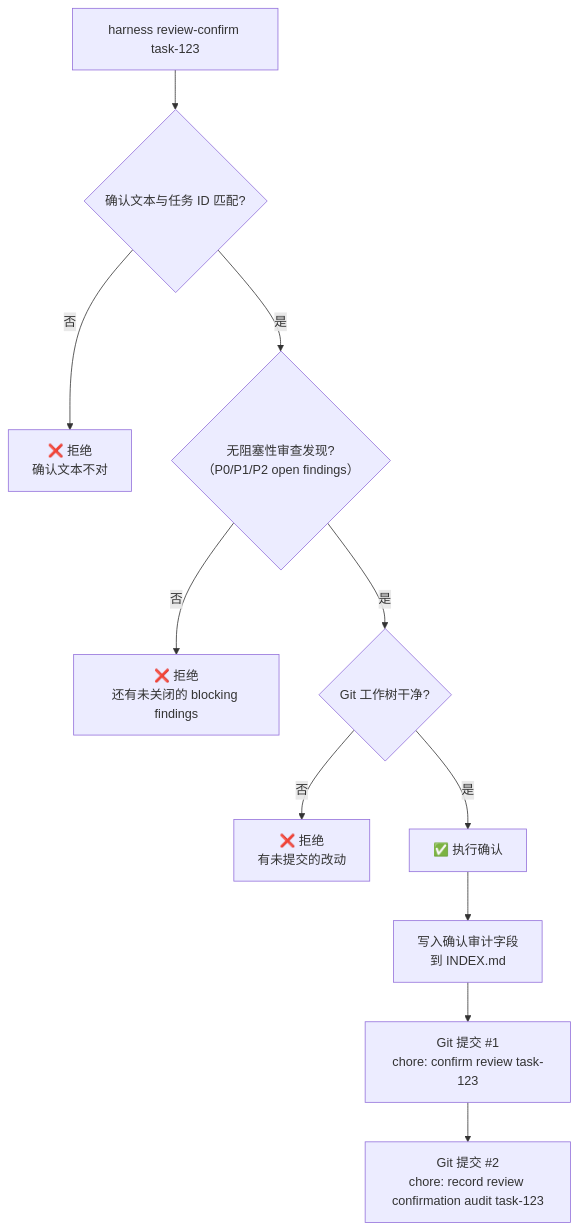
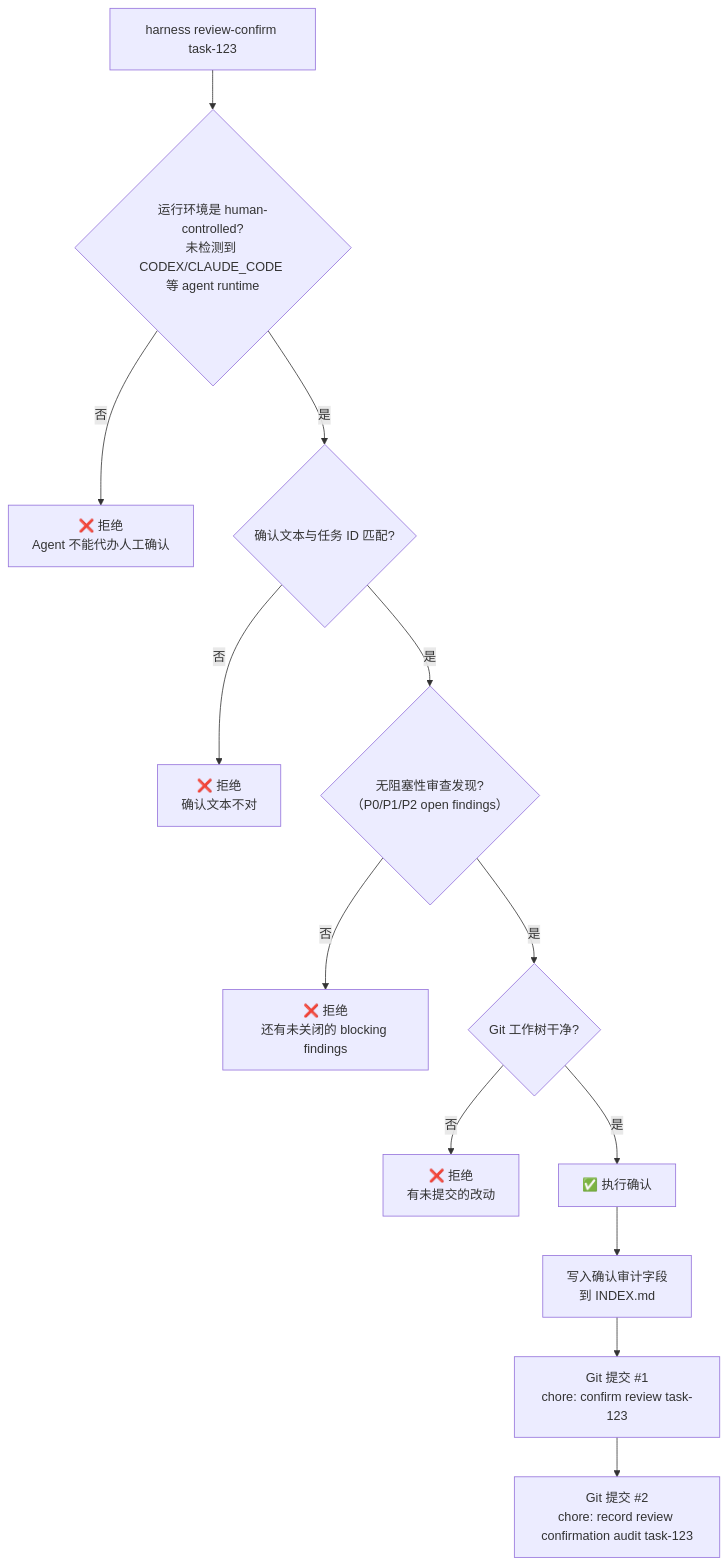
The fourth of 6 diagrams in docs-release/architecture/system-explainer/03-task-lifecycle.md (FairladyZ625/coding-agent-harness), drawn with Mermaid before and after one commit. The commit also changed other lines of this file and 8 other files, not shown here.

````diff
--- a/docs-release/architecture/system-explainer/03-task-lifecycle.md
+++ b/docs-release/architecture/system-explainer/03-task-lifecycle.md
@@ -94,16 +94,18 @@
 ```mermaid
 flowchart TD
   Trigger["harness review-confirm task-123"]
 
-  Trigger --> C1{"确认文本与任务 ID 匹配?"}
+  Trigger --> A1{"运行环境是 human-controlled?\n未检测到 CODEX/CLAUDE_CODE 等 agent runtime"}
+  A1 -->|"否"| EA["❌ 拒绝\nAgent 不能代办人工确认"]
+  A1 -->|"是"| C1{"确认文本与任务 ID 匹配?"}
   C1 -->|"否"| E1["❌ 拒绝\n确认文本不对"]
   C1 -->|"是"| C2{"无阻塞性审查发现?\n（P0/P1/P2 open findings）"}
   C2 -->|"否"| E2["❌ 拒绝\n还有未关闭的 blocking findings"]
   C2 -->|"是"| C3{"Git 工作树干净?"}
   C3 -->|"否"| E3["❌ 拒绝\n有未提交的改动"]
   C3 -->|"是"| Exec["✅ 执行确认"]
 
   Exec --> Write1["写入确认审计字段\n到 INDEX.md"]
   Write1 --> Commit1["Git 提交 #1\nchore: confirm review task-123"]
   Commit1 --> Commit2["Git 提交 #2\nchore: record review confirmation audit task-123"]
 ```
````
